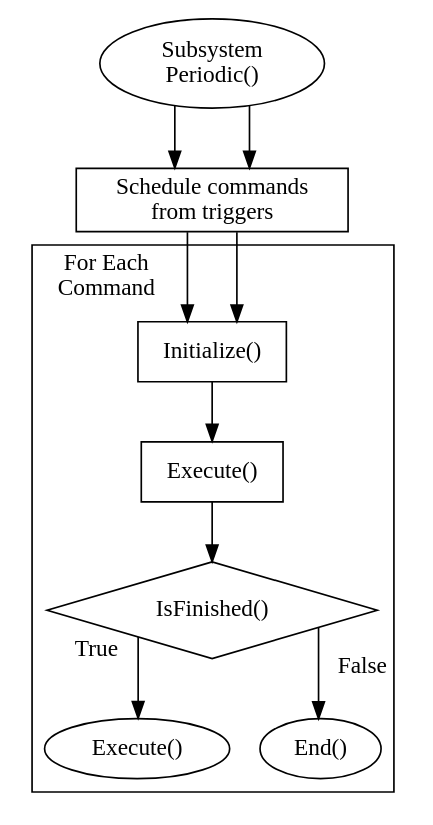
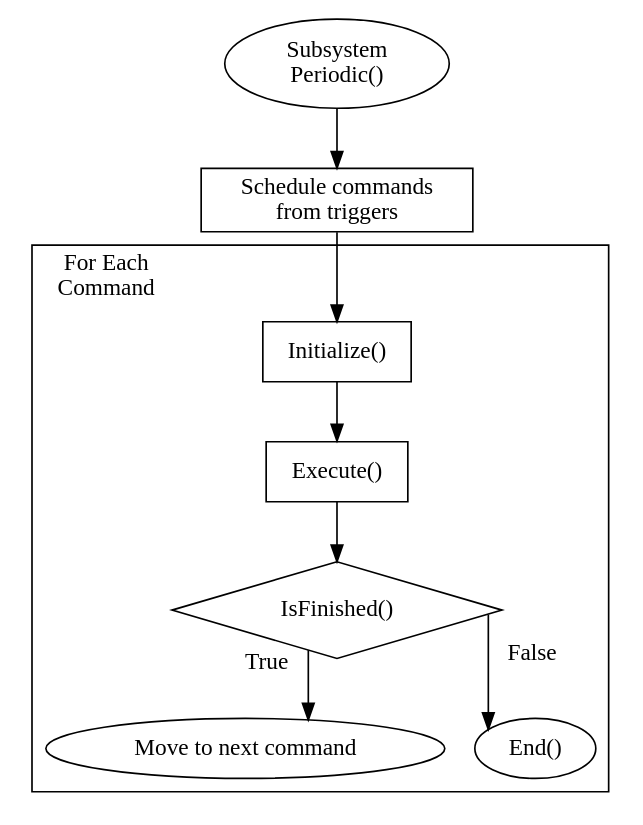
One commit to wpilibsuite/frc-docs changed the second of 2 diagrams in source/docs/software/commandbased/command-scheduler.rst. Above: the diagram before and after it, drawn with Graphviz.

```diff
--- a/source/docs/software/commandbased/command-scheduler.rst
+++ b/source/docs/software/commandbased/command-scheduler.rst
@@ -67,42 +67,39 @@
 .. graphviz::
     :alt: Scheduler Control Flow Diagram
 
     digraph control_flow {
         splines=ortho
         bgcolor="#FFFFFF00"
 
         // Processes
         node [shape=box]
             Initialize [label="Initialize()"]
             Execute [label="Execute()"]
             Triggers [label="Schedule commands\nfrom triggers"]
 
         // Terminals
         node [shape=oval]
             Start [label="Subsystem\nPeriodic()"]
-            EndYes [label="Execute()"]
+            EndYes [label="Move to next command"]
             EndNo [label="End()"]
 
         // Decisions
         node [shape=diamond, margin=0.1]
             Finished [label="IsFinished()"]
 
         Start -> Triggers
         Triggers -> Initialize
 
         // Decisions
         node [shape=diamond, margin=0.1]
             Finished [label="IsFinished()"]
 
-        Start -> Triggers
-        Triggers -> Initialize
-
         subgraph cluster_for_each_command {
             label="For Each\nCommand"
             labeljust="left"
             Initialize -> Execute -> Finished
 
             Finished -> EndYes [taillabel="True  "]
             Finished -> EndNo  [taillabel="\n  False  "]
         }
     }
```
